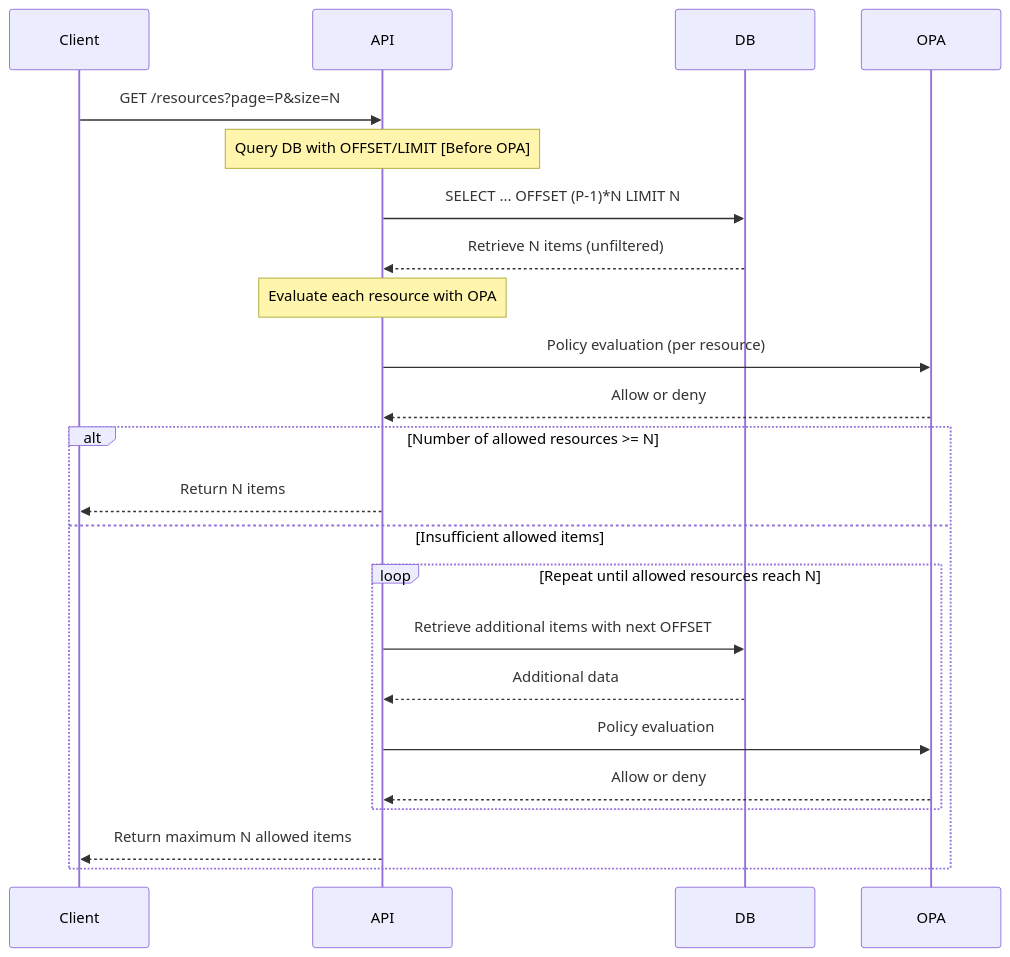
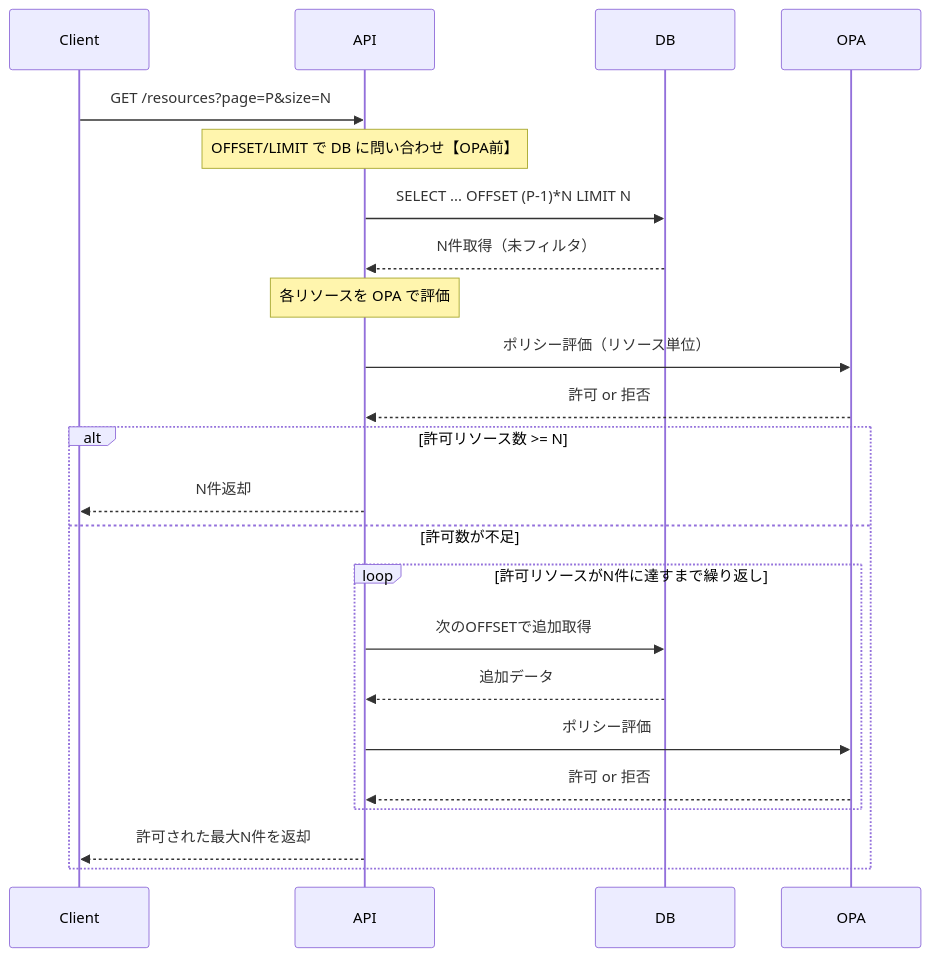
The second of 4 diagrams in content/en/posts/pagination-impact-solutions-opa.md (bmf-san/bmf-tech), drawn with Mermaid before and after one commit. The commit also changed other lines of this file and 425 other files, not shown here.

````diff
--- a/content/en/posts/pagination-impact-solutions-opa.md
+++ b/content/en/posts/pagination-impact-solutions-opa.md
@@ -45,26 +47,26 @@
 ```mermaid
 sequenceDiagram
     participant Client
     participant API
     participant DB
     participant OPA
 
     Client->>API: GET /resources?page=P&size=N
-    Note over API: Query DB with OFFSET/LIMIT [Before OPA]
+    Note over API: OFFSET/LIMIT で DB に問い合わせ【OPA前】
     API->>DB: SELECT ... OFFSET (P-1)*N LIMIT N
-    DB-->>API: Retrieve N items (unfiltered)
-    Note over API: Evaluate each resource with OPA
-    API->>OPA: Policy evaluation (per resource)
-    OPA-->>API: Allow or deny
-    alt Number of allowed resources >= N
-        API-->>Client: Return N items
-    else Insufficient allowed items
-        loop Repeat until allowed resources reach N
-            API->>DB: Retrieve additional items with next OFFSET
-            DB-->>API: Additional data
-            API->>OPA: Policy evaluation
-            OPA-->>API: Allow or deny
+    DB-->>API: N件取得（未フィルタ）
+    Note over API: 各リソースを OPA で評価
+    API->>OPA: ポリシー評価（リソース単位）
+    OPA-->>API: 許可 or 拒否
+    alt 許可リソース数 >= N
+        API-->>Client: N件返却
+    else 許可数が不足
+        loop 許可リソースがN件に達すまで繰り返し
+            API->>DB: 次のOFFSETで追加取得
+            DB-->>API: 追加データ
+            API->>OPA: ポリシー評価
+            OPA-->>API: 許可 or 拒否
         end
-        API-->>Client: Return maximum N allowed items
+        API-->>Client: 許可された最大N件を返却
     end
 ```
````
